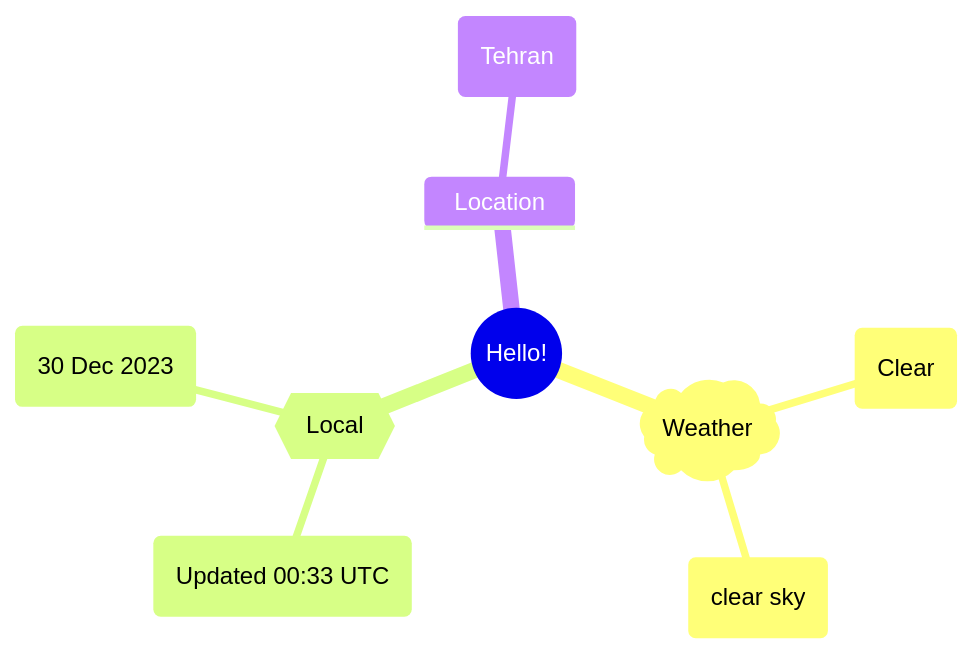
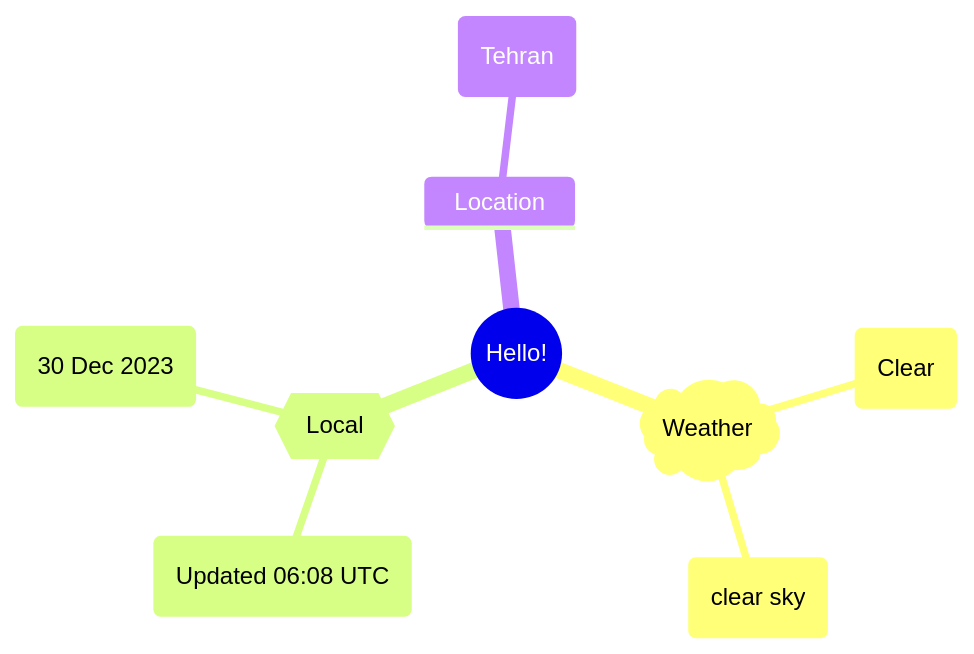
The first of 2 diagrams in README.md (Xosrov/Xosrov), drawn with Mermaid before and after one commit.

Commit message:
[bot] updated images

````diff
--- a/README.md
+++ b/README.md
@@ -3,12 +3,12 @@
 ```mermaid
 mindmap
   root((Hello!))
     )Weather(
         (Clear)
         (clear sky)
     {{Local}}
-        (Updated 00:33 UTC)
+        (Updated 06:08 UTC)
         (30 Dec 2023)
     Location
         (Tehran)
 ```
````
